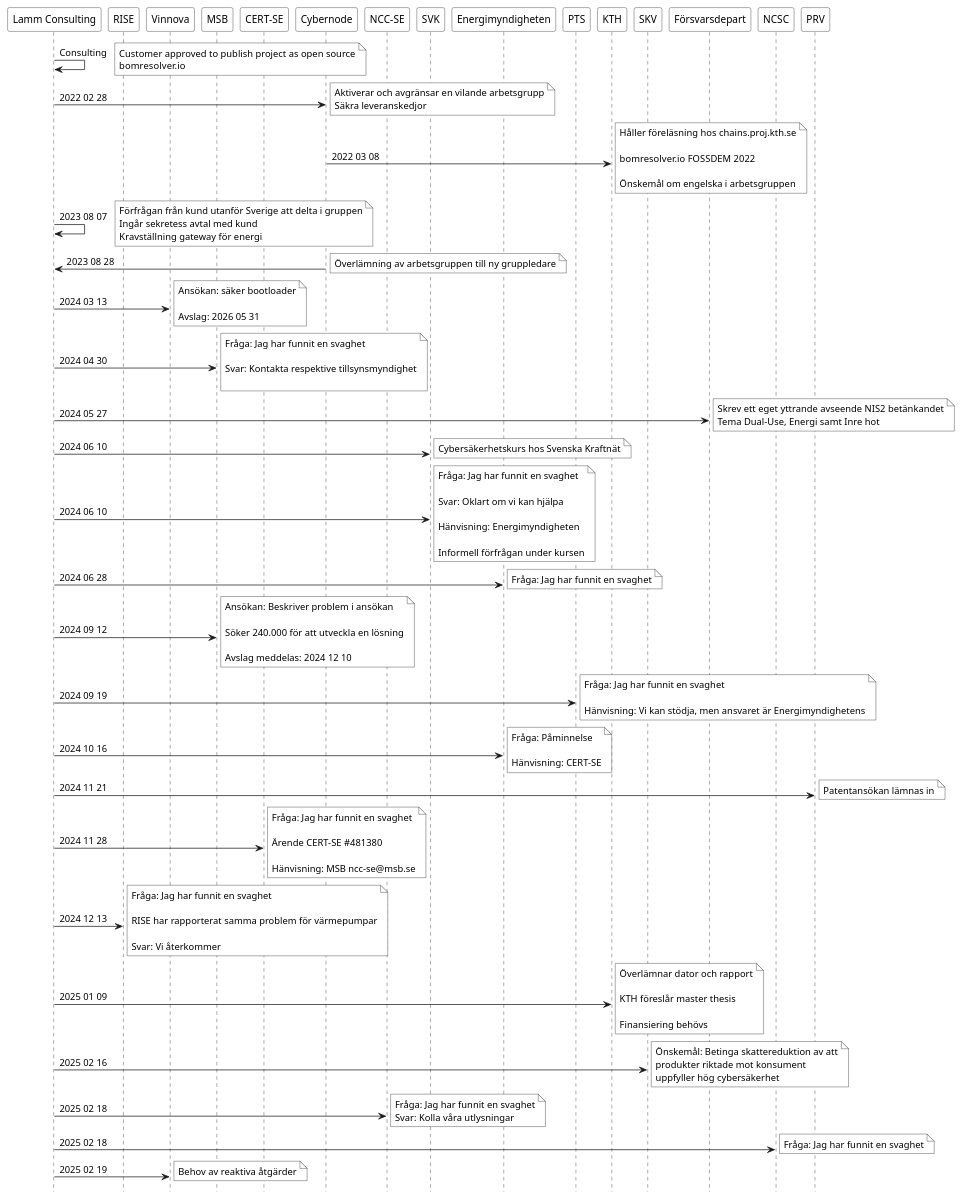
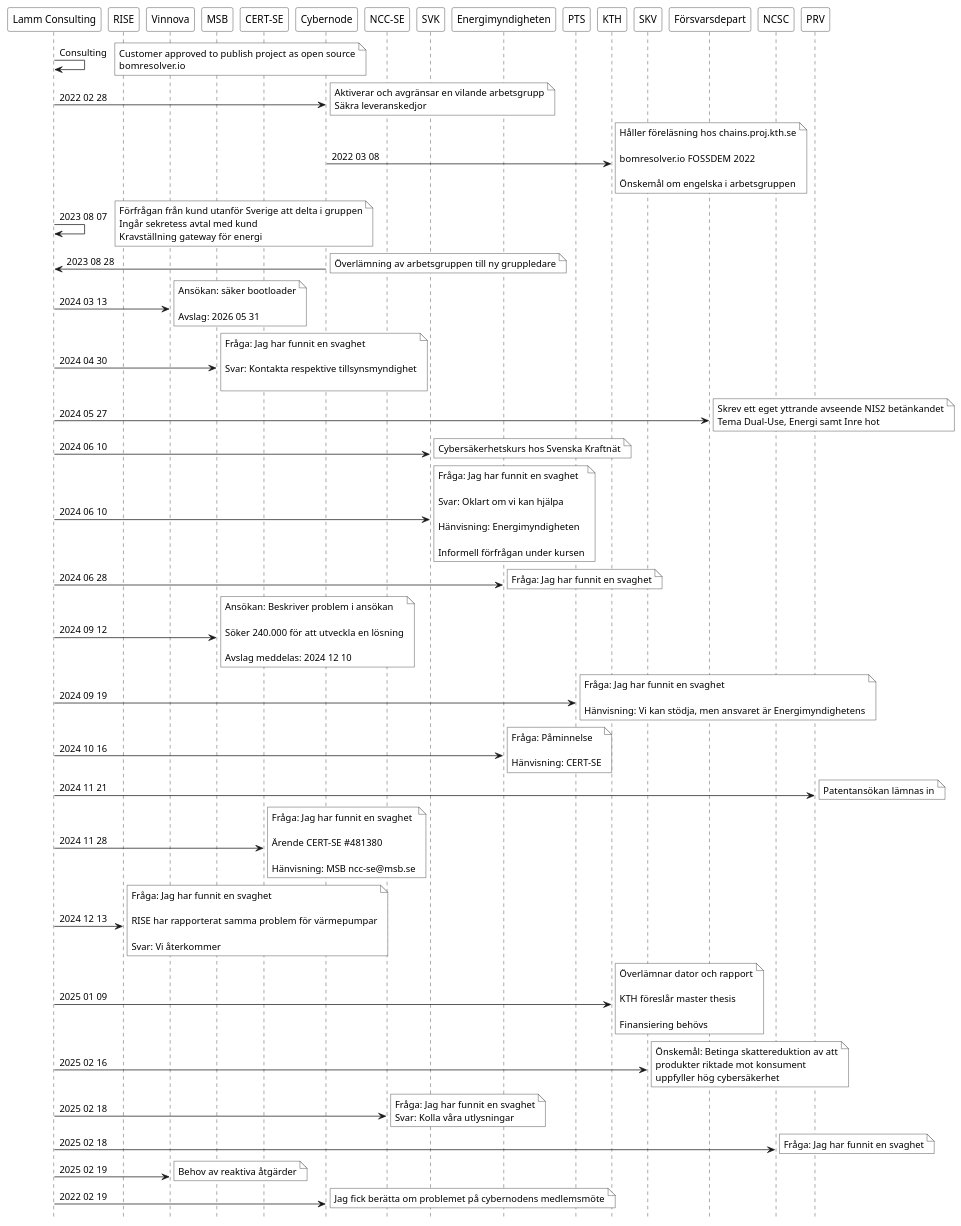
One commit to hans-lammda/hans-lammda-github.io changed the diagram in docs/images/incident.puml. Above: the diagram before and after it, drawn with PlantUML. The commit also changed 3 other files, not shown here.

Commit message:
Tack Martin Bergling för att jag fick berätta om problemet

```diff
--- a/docs/images/incident.puml
+++ b/docs/images/incident.puml
@@ -1,64 +1,66 @@
 @startuml
 
 hide footbox
 participant "Lamm Consulting"  as LM #FFFFFF
 participant  "RISE" as RISE #FFFFFF
 participant  "Vinnova" as VINN  #FFFFFF
 participant  "MSB" as MSB  #FFFFFF
 participant  "CERT-SE" as CERT #FFFFFF
 participant  "Cybernode" as CYBER  #FFFFFF
 participant  "NCC-SE" as NCC #FFFFFF
 participant  "SVK" as SVK  #FFFFFF
 participant  "Energimyndigheten" as EM #FFFFFF
 participant  "PTS" as PTS #FFFFFF
 participant  "KTH" as KTH #FFFFFF
 participant  "SKV" as SKV #FFFFFF
 participant  "Försvarsdepart" as FORSVAR #FFFFFF
 participant  "NCSC" as NCSC #FFFFFF
 participant  "PRV" as PRV #FFFFFF
 
 LM -> LM:  Consulting 
 note right #FFFFFF : Customer approved to publish project as open source\nbomresolver.io 
 LM -> CYBER:  2022 02 28
 note right #FFFFFF : Aktiverar och avgränsar en vilande arbetsgrupp\nSäkra leveranskedjor
 CYBER -> KTH: 2022 03 08 
 note right #FFFFFF : Håller föreläsning hos chains.proj.kth.se\n\nbomresolver.io FOSSDEM 2022\n\nÖnskemål om engelska i arbetsgruppen
 LM -> LM:  2023 08 07
 note right #FFFFFF : Förfrågan från kund utanför Sverige att delta i gruppen\nIngår sekretess avtal med kund\nKravställning gateway för energi
 CYBER -> LM:  2023 08 28
 note right #FFFFFF : Överlämning av arbetsgruppen till ny gruppledare
 LM -> VINN: 2024 03 13 
 note right #FFFFFF : Ansökan: säker bootloader\n\nAvslag: 2026 05 31 
 LM -> MSB: 2024 04 30 
 note right #FFFFFF : Fråga: Jag har funnit en svaghet \n\nSvar: Kontakta respektive tillsynsmyndighet\n
 LM -> FORSVAR: 2024 05 27 
 note right #FFFFFF : Skrev ett eget yttrande avseende NIS2 betänkandet\nTema Dual-Use, Energi samt Inre hot
 LM -> SVK:  2024 06 10 
 note right #FFFFFF : Cybersäkerhetskurs hos Svenska Kraftnät 
 LM -> SVK: 2024 06 10 
 note right #FFFFFF : Fråga: Jag har funnit en svaghet \n\nSvar: Oklart om vi kan hjälpa\n\nHänvisning: Energimyndigheten\n\nInformell förfrågan under kursen
 LM -> EM: 2024 06 28 
 note right #FFFFFF : Fråga: Jag har funnit en svaghet
 LM -> MSB: 2024 09 12 
 note right #FFFFFF : Ansökan: Beskriver problem i ansökan\n\nSöker 240.000 för att utveckla en lösning\n\nAvslag meddelas: 2024 12 10
 LM -> PTS: 2024 09 19 
 note right #FFFFFF : Fråga: Jag har funnit en svaghet\n\nHänvisning: Vi kan stödja, men ansvaret är Energimyndighetens
 LM -> EM: 2024 10 16 
 note right #FFFFFF : Fråga: Påminnelse\n\nHänvisning: CERT-SE
 LM -> PRV: 2024 11 21 
 note right #FFFFFF : Patentansökan lämnas in
 LM -> CERT: 2024 11 28 
 note right #FFFFFF : Fråga: Jag har funnit en svaghet\n\nÄrende CERT-SE #481380\n\nHänvisning: MSB ncc-se@msb.se
 LM -> RISE: 2024 12 13 
 note right #FFFFFF : Fråga: Jag har funnit en svaghet\n\nRISE har rapporterat samma problem för värmepumpar\n\nSvar: Vi återkommer
 LM -> KTH: 2025 01 09 
 note right #FFFFFF : Överlämnar dator och rapport\n\nKTH föreslår master thesis\n\nFinansiering behövs
 LM -> SKV: 2025 02 16 
 note right #FFFFFF : Önskemål: Betinga skattereduktion av att\nprodukter riktade mot konsument\nuppfyller hög cybersäkerhet
 LM -> NCC: 2025 02 18 
 note right #FFFFFF :Fråga: Jag har funnit en svaghet\nSvar: Kolla våra utlysningar 
 LM -> NCSC: 2025 02 18 
 note right #FFFFFF :Fråga: Jag har funnit en svaghet 
 LM -> VINN: 2025 02 19 
 note right #FFFFFF : Behov av reaktiva åtgärder 
+LM -> CYBER:  2022 02 19
+note right #FFFFFF : Jag fick berätta om problemet på cybernodens medlemsmöte
 @enduml
```
